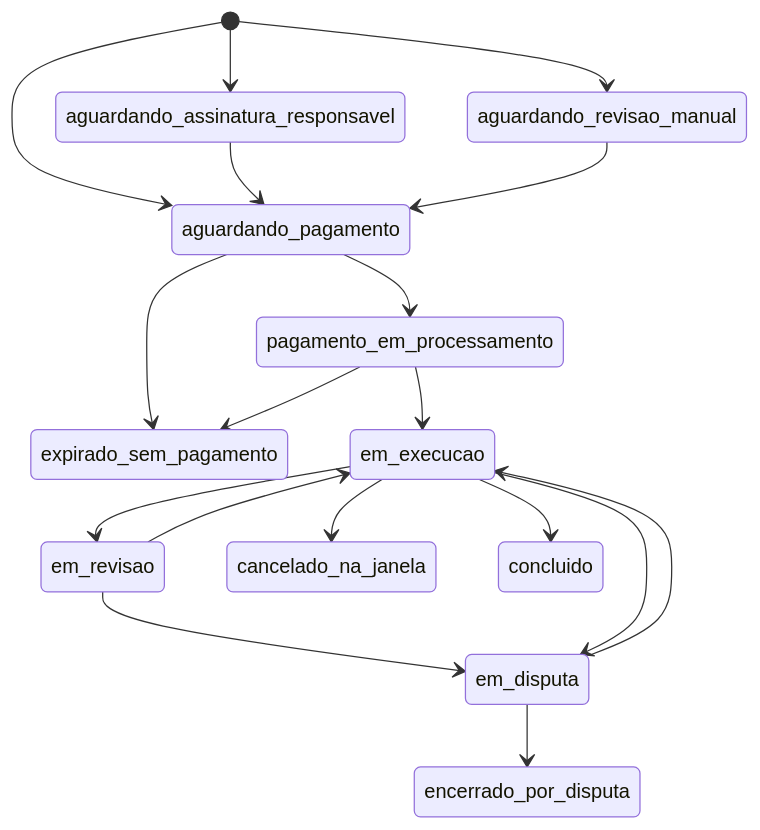
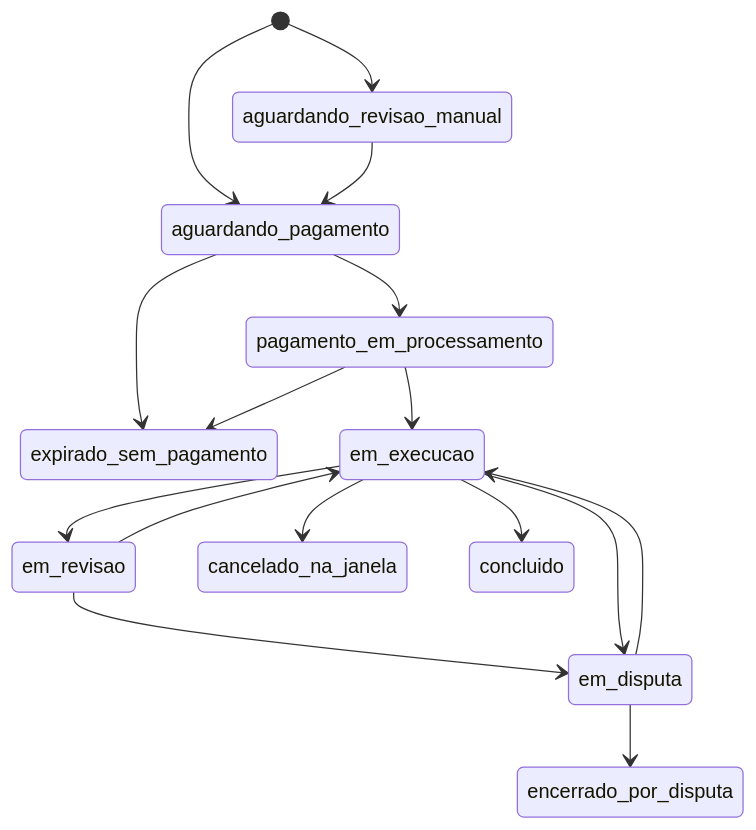
One commit to marcotuliobsouza/influentz-spec changed the third of 4 diagrams in docs/MAQUINA-DE-ESTADOS.md. Above: the diagram before and after it, drawn with Mermaid. The commit also changed other lines of this file and 3 other files, not shown here.

````diff
--- a/docs/MAQUINA-DE-ESTADOS.md
+++ b/docs/MAQUINA-DE-ESTADOS.md
@@ -185,20 +204,18 @@
 ```mermaid
 stateDiagram-v2
-    [*] --> aguardando_assinatura_responsavel
     [*] --> aguardando_revisao_manual
     [*] --> aguardando_pagamento
-    aguardando_assinatura_responsavel --> aguardando_pagamento
     aguardando_revisao_manual --> aguardando_pagamento
     aguardando_pagamento --> pagamento_em_processamento
     aguardando_pagamento --> expirado_sem_pagamento
     pagamento_em_processamento --> em_execucao
     pagamento_em_processamento --> expirado_sem_pagamento
     em_execucao --> em_revisao
     em_revisao --> em_execucao
     em_execucao --> cancelado_na_janela
     em_revisao --> em_disputa
     em_execucao --> em_disputa
     em_disputa --> encerrado_por_disputa
     em_disputa --> em_execucao
     em_execucao --> concluido
 ```
````
